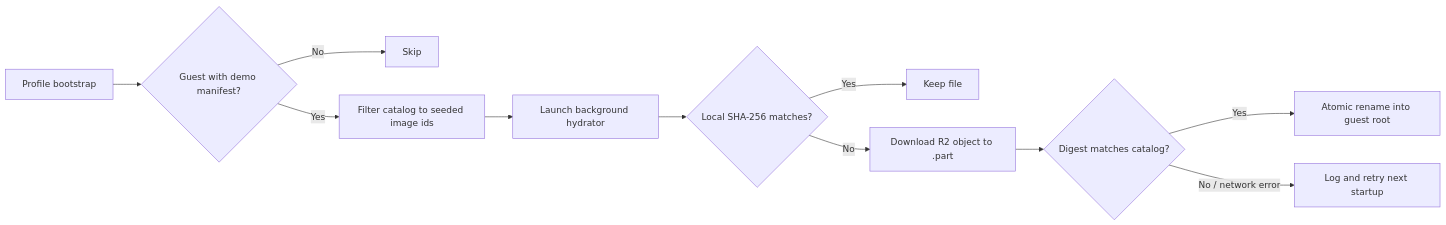
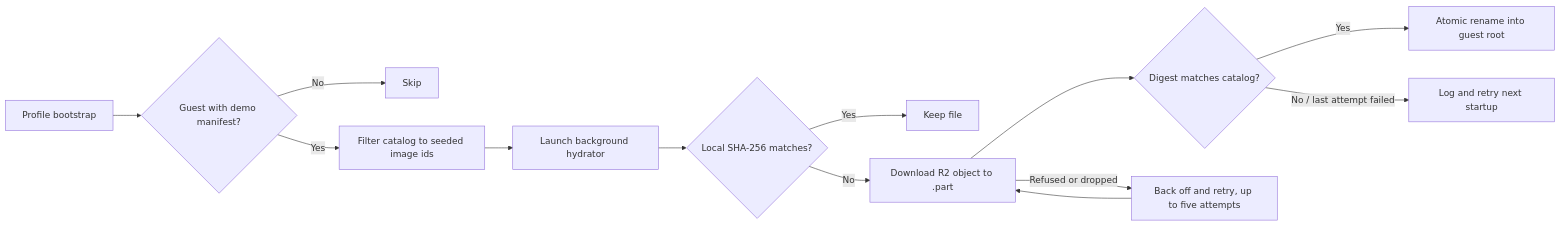
The second of 2 diagrams in knowledge/features/demo.md (matthiasn/lotti), drawn with Mermaid before and after one commit. The commit also changed other lines of this file and 12 other files, not shown here.

````diff
--- a/knowledge/features/demo.md
+++ b/knowledge/features/demo.md
@@ -187,13 +193,15 @@
 ```mermaid
 flowchart LR
     B[Profile bootstrap] --> M{Guest with demo manifest?}
     M -->|No| S[Skip]
     M -->|Yes| C[Filter catalog to seeded image ids]
     C --> H[Launch background hydrator]
     H --> V{Local SHA-256 matches?}
     V -->|Yes| K[Keep file]
     V -->|No| D[Download R2 object to .part]
     D --> Q{Digest matches catalog?}
     Q -->|Yes| A[Atomic rename into guest root]
-    Q -->|No / network error| R[Log and retry next startup]
+    D -->|Refused or dropped| W[Back off and retry, up to five attempts]
+    W --> D
+    Q -->|No / last attempt failed| R[Log and retry next startup]
 ```
````
